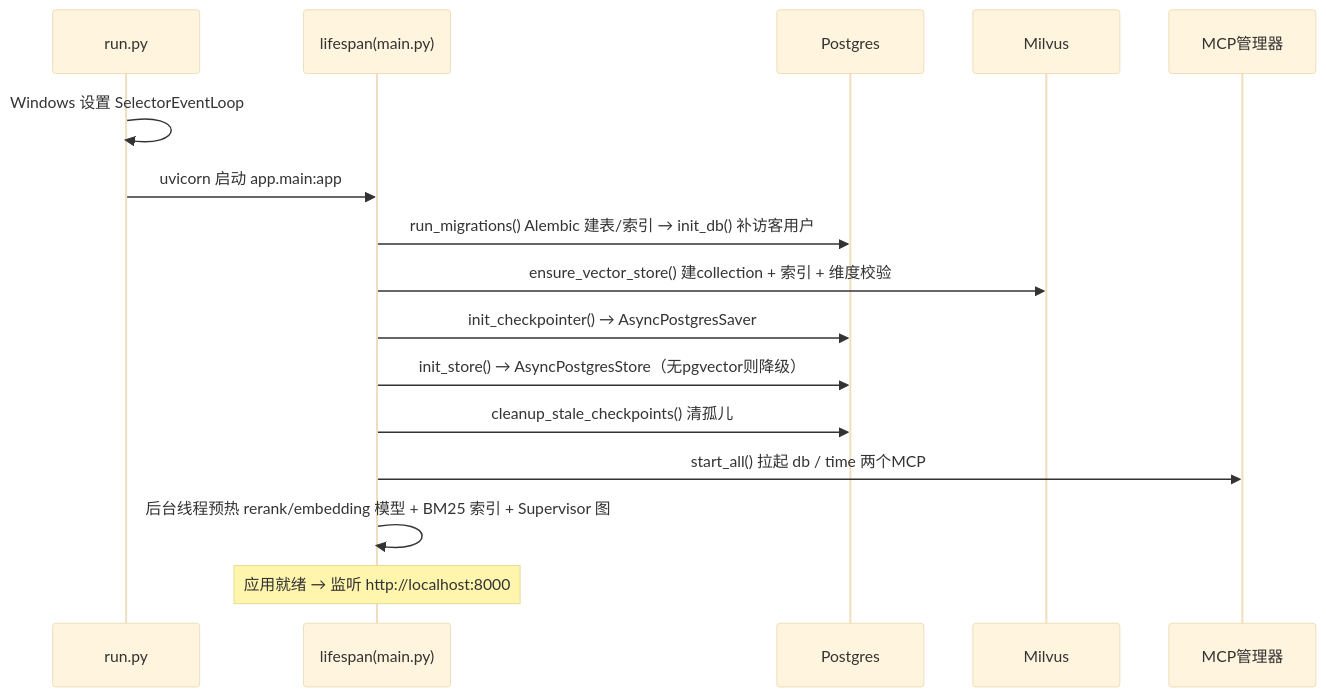
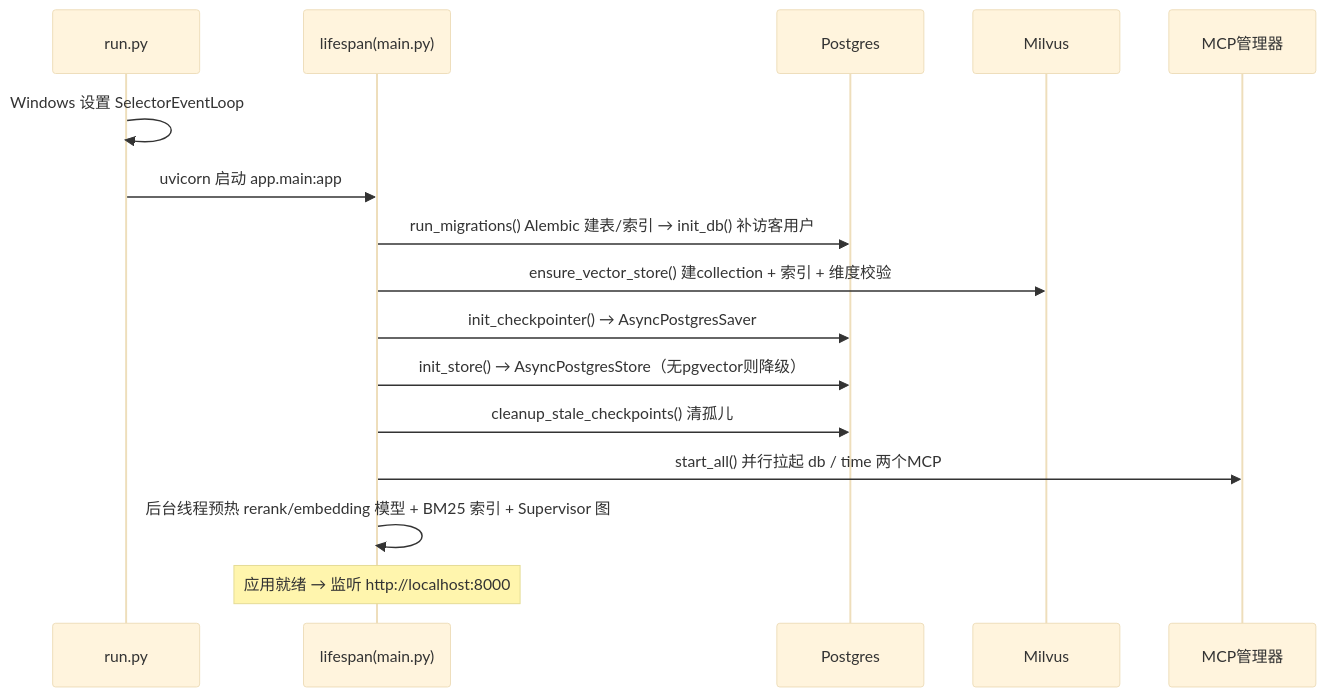
The second of 3 diagrams in docs/EXPLAIN.md (Zhuliqx/Agentchat), drawn with Mermaid (base theme) before and after one commit. The commit also changed other lines of this file and 10 other files, not shown here.

````diff
--- a/docs/EXPLAIN.md
+++ b/docs/EXPLAIN.md
@@ -69,18 +69,18 @@
 ```mermaid
 sequenceDiagram
     participant U as run.py
     participant L as lifespan(main.py)
     participant DB as Postgres
     participant MV as Milvus
     participant M as MCP管理器
     U->>U: Windows 设置 SelectorEventLoop
     U->>L: uvicorn 启动 app.main:app
     L->>DB: run_migrations() Alembic 建表/索引 → init_db() 补访客用户
     L->>MV: ensure_vector_store() 建collection + 索引 + 维度校验
     L->>DB: init_checkpointer() → AsyncPostgresSaver
     L->>DB: init_store() → AsyncPostgresStore（无pgvector则降级）
     L->>DB: cleanup_stale_checkpoints() 清孤儿
-    L->>M: start_all() 拉起 db / time 两个MCP
+    L->>M: start_all() 并行拉起 db / time 两个MCP
     L->>L: 后台线程预热 rerank/embedding 模型 + BM25 索引 + Supervisor 图
     Note over L: 应用就绪 → 监听 http://localhost:8000
 ```
````
